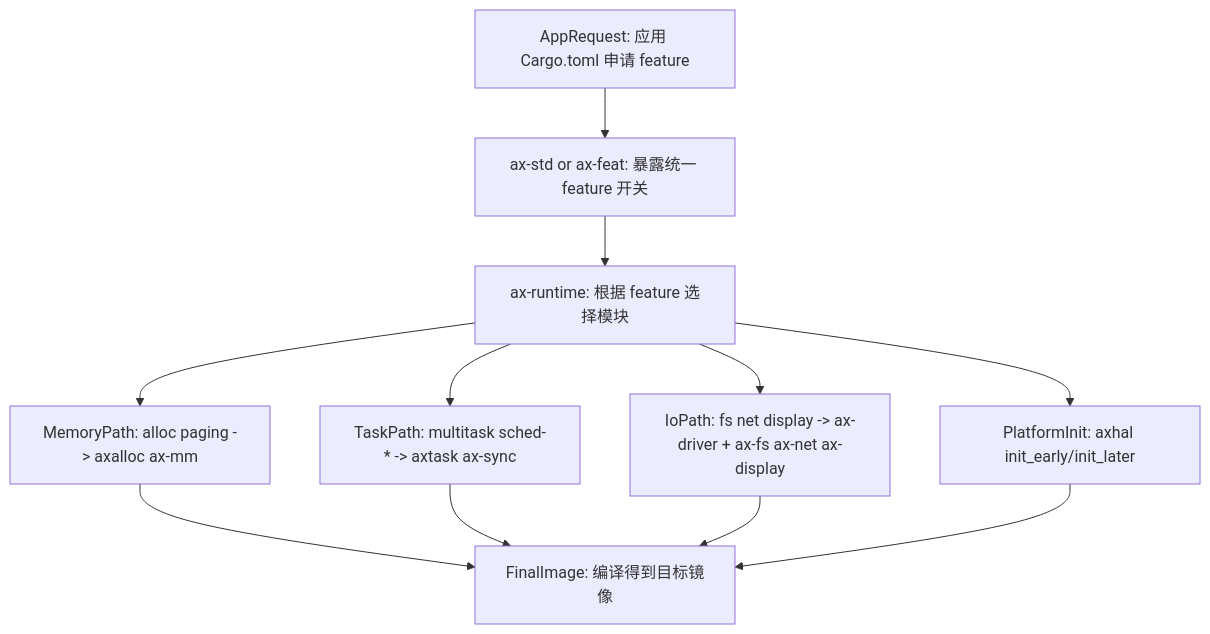
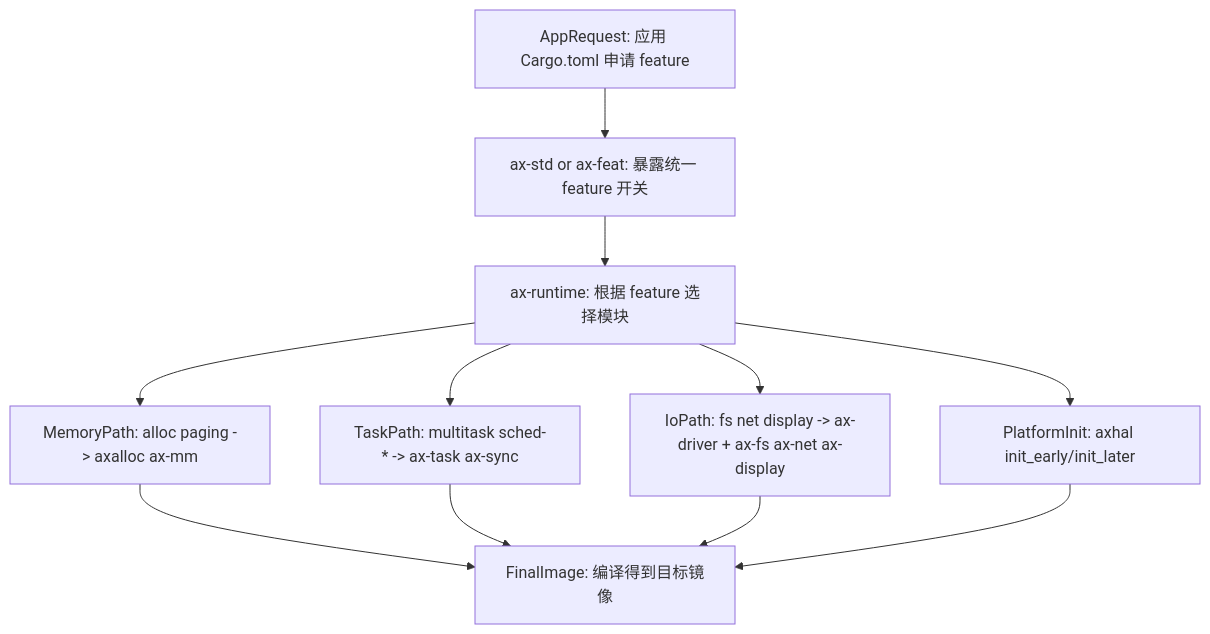
Before and after one commit to zKurisu/tgoskits: the second of 5 diagrams in docs/arceos-internals.md, drawn with Mermaid. The commit also changed other lines of this file and 133 other files, not shown here.

Commit message:
rename axtask to ax-task

````diff
--- a/docs/arceos-internals.md
+++ b/docs/arceos-internals.md
@@ -122,22 +122,22 @@
 ```mermaid
 flowchart TD
     appRequest["AppRequest: 应用 Cargo.toml 申请 feature"]
     axstdAxfeat["ax-std or ax-feat: 暴露统一 feature 开关"]
     runtimeGate["ax-runtime: 根据 feature 选择模块"]
     memPath["MemoryPath: alloc paging -> axalloc ax-mm"]
-    taskPath["TaskPath: multitask sched-* -> axtask ax-sync"]
+    taskPath["TaskPath: multitask sched-* -> ax-task ax-sync"]
     ioPath["IoPath: fs net display -> ax-driver + ax-fs ax-net ax-display"]
     platformInit["PlatformInit: axhal init_early/init_later"]
     finalImage["FinalImage: 编译得到目标镜像"]
 
     appRequest --> axstdAxfeat
     axstdAxfeat --> runtimeGate
     runtimeGate --> memPath
     runtimeGate --> taskPath
     runtimeGate --> ioPath
     runtimeGate --> platformInit
     memPath --> finalImage
     taskPath --> finalImage
     ioPath --> finalImage
     platformInit --> finalImage
 ```
````
